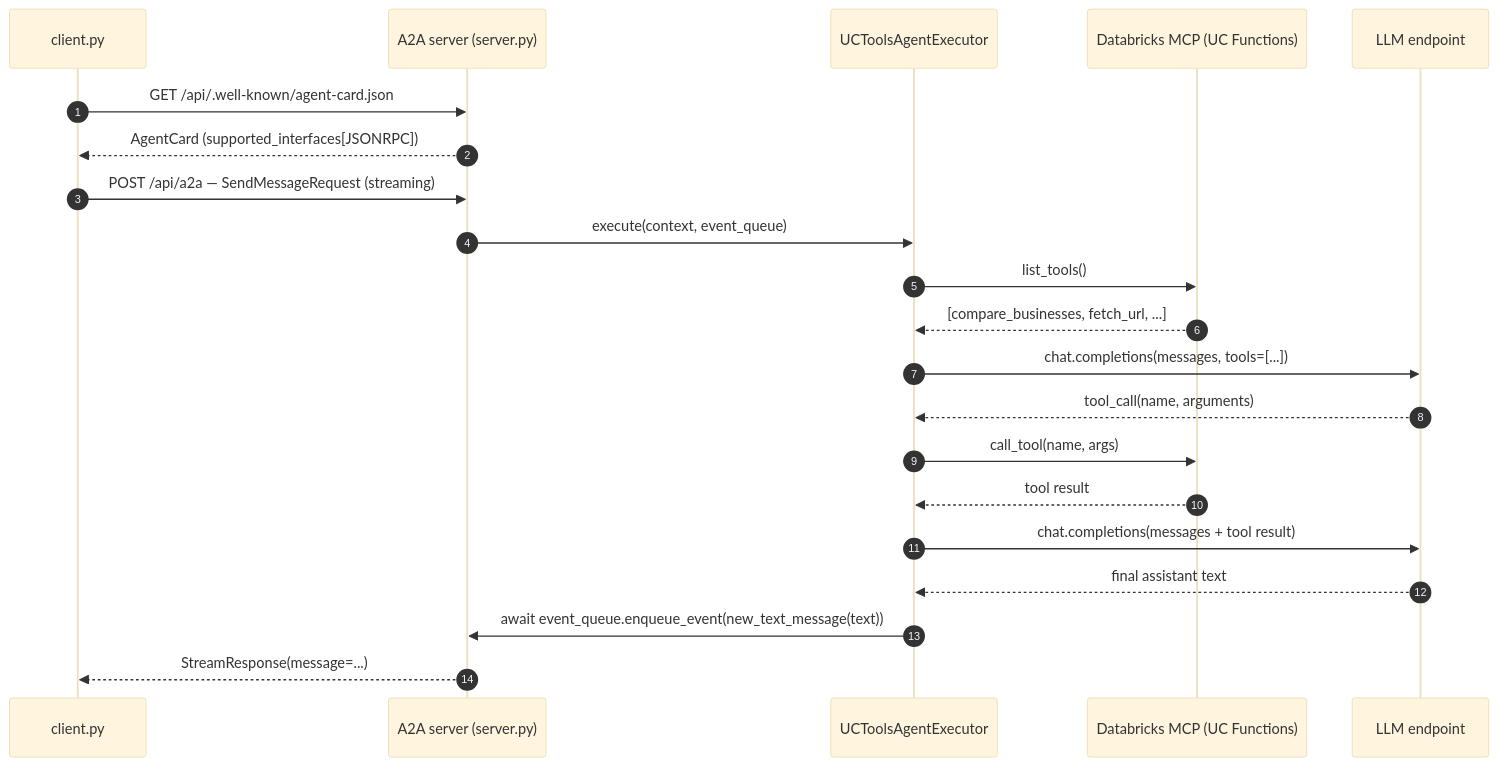
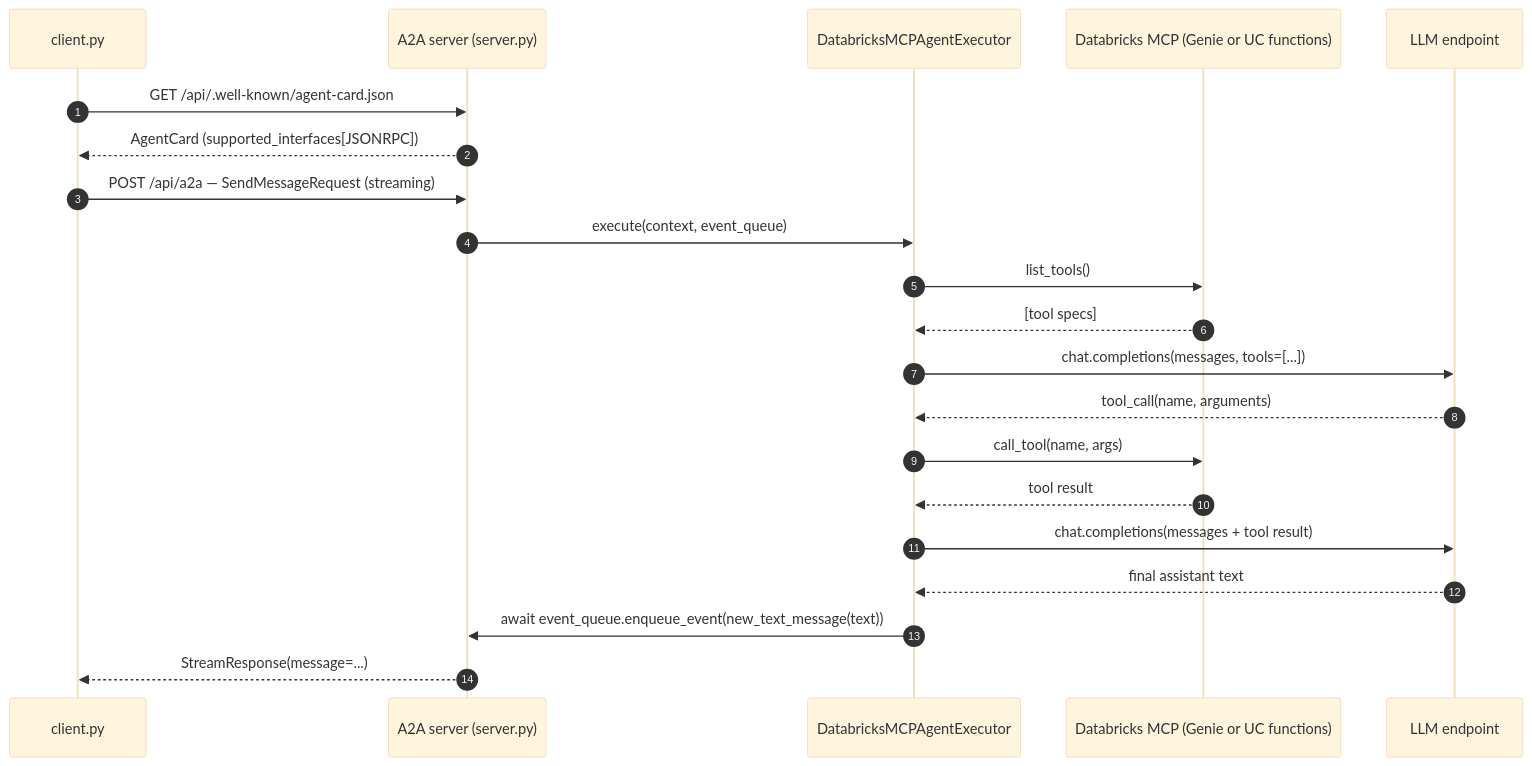
The third of 3 diagrams in README.md (sdonohoo-db/databricks-a2a-governed-services-demo), drawn with Mermaid (base theme) before and after one commit. The commit also changed other lines of this file and 5 other files, not shown here.

````diff
--- a/README.md
+++ b/README.md
@@ -48,24 +48,24 @@
 ```mermaid
 sequenceDiagram
     autonumber
     participant C as client.py
     participant S as A2A server (server.py)
-    participant E as UCToolsAgentExecutor
-    participant M as Databricks MCP (UC Functions)
+    participant E as DatabricksMCPAgentExecutor
+    participant M as Databricks MCP (Genie or UC functions)
     participant L as LLM endpoint
 
     C->>S: GET /api/.well-known/agent-card.json
     S-->>C: AgentCard (supported_interfaces[JSONRPC])
     C->>S: POST /api/a2a — SendMessageRequest (streaming)
     S->>E: execute(context, event_queue)
     E->>M: list_tools()
-    M-->>E: [compare_businesses, fetch_url, ...]
+    M-->>E: [tool specs]
     E->>L: chat.completions(messages, tools=[...])
     L-->>E: tool_call(name, arguments)
     E->>M: call_tool(name, args)
     M-->>E: tool result
     E->>L: chat.completions(messages + tool result)
     L-->>E: final assistant text
     E->>S: await event_queue.enqueue_event(new_text_message(text))
     S-->>C: StreamResponse(message=...)
 ```
````
